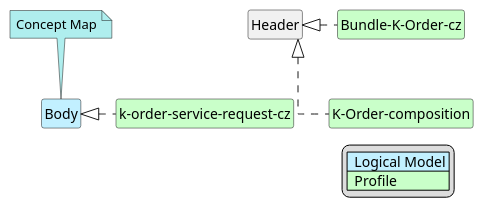
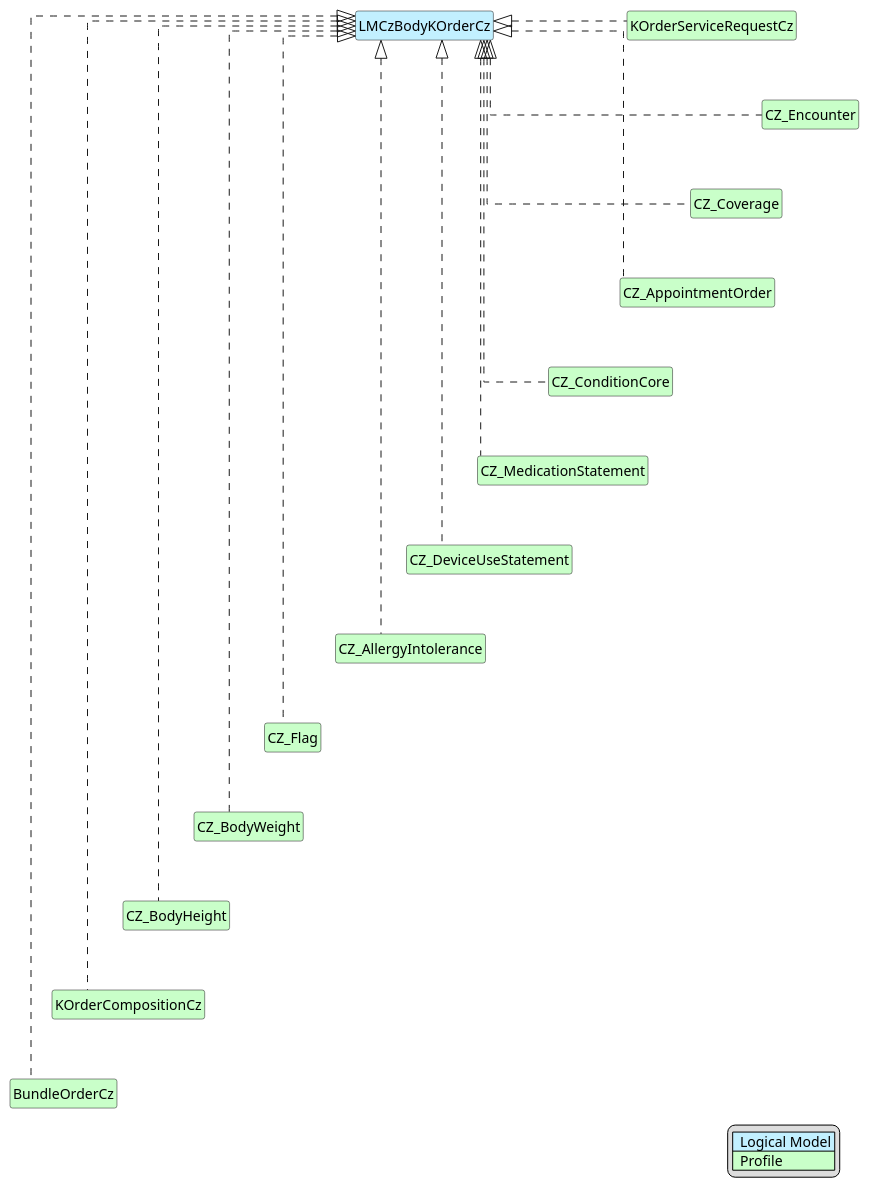
Before and after one commit to HL7-cz/k-order: the diagram in input/images-source/K-Body-map.plantuml, drawn with PlantUML. The commit also changed 74 other files, not shown here.

```diff
--- a/input/images-source/K-Body-map.plantuml
+++ b/input/images-source/K-Body-map.plantuml
@@ -1,31 +1,73 @@
 @startuml
+
 hide circle
 hide stereotype
 hide members
 hide methods
+
 skinparam linetype ortho
+
 skinparam class {
 BackgroundColor<<LogicalModel>> #APPLICATION
 BackgroundColor<<Profile>> #TECHNOLOGY
 }
+
 legend right
 | <#APPLICATION>  Logical Model |
 | <#TECHNOLOGY>  Profile |
 endlegend
-class "Body" <<LogicalModel>> [[StructureDefinition-logBodyKOrder.html]]
-note top #PaleTurquoise [[ConceptMap-hdrHeader2FHIR-cz-hdr.html]]
-Concept Map
-endnote
 
+class "LMCzBodyKOrderCz" <<LogicalModel>> [[StructureDefinition-LMBodyKOrder.html]]
 
-class "k-order-service-request-cz" <<Profile>> [[StructureDefinition-KOrderServiceRequestCz.html]]
-"Body" <|. "k-order-service-request-cz"
+class "KOrderServiceRequestCz" <<Profile>> [[StructureDefinition-KOrderServiceRequestCz.html]]
+"LMCzBodyKOrderCz" <|. "KOrderServiceRequestCz"
 
-class "Bundle-K-Order-cz" <<Profile>> [[StructureDefinition-BundleKOrderCz.html]]
-"Header" <|. "Bundle-K-Order-cz"
-"K-Order-composition" -d[hidden]-> "Bundle-K-Order-cz" 
+class "CZ_Encounter" <<Profile>> [[https://hl7.cz/fhir/core/StructureDefinition-cz-encounter-core.html]]
+"LMCzBodyKOrderCz" <|. "CZ_Encounter"
+"KOrderServiceRequestCz" -d[hidden]-> "CZ_Encounter"
 
-class "K-Order-composition" <<Profile>> [[StructureDefinition-KOrderCompositionCz.html]]
-"Header" <|. "K-Order-composition"
-"Bundle-K-Order-cz" -d[hidden]-> "K-Order-composition" 
+class "CZ_Coverage" <<Profile>> [[https://hl7.cz/fhir/core/StructureDefinition-cz-coverage.html]]
+"LMCzBodyKOrderCz" <|. "CZ_Coverage"
+"CZ_Encounter" -d[hidden]-> "CZ_Coverage"
+
+class "CZ_AppointmentOrder" <<Profile>> [[https://hl7.cz/fhir/core/StructureDefinition-cz-appointmentOrder.html]]
+"LMCzBodyKOrderCz" <|. "CZ_AppointmentOrder"
+"CZ_Coverage" -d[hidden]-> "CZ_AppointmentOrder"
+
+class "CZ_ConditionCore" <<Profile>> [[https://hl7.cz/fhir/core/StructureDefinition-cz-condition-core.html]]
+"LMCzBodyKOrderCz" <|. "CZ_ConditionCore"
+"CZ_AppointmentOrder" -d[hidden]-> "CZ_ConditionCore"
+
+class "CZ_MedicationStatement" <<Profile>> [[https://hl7.cz/fhir/core/StructureDefinition-cz-medicationstatement.html]]
+"LMCzBodyKOrderCz" <|. "CZ_MedicationStatement"
+"CZ_ConditionCore" -d[hidden]-> "CZ_MedicationStatement"
+
+class "CZ_DeviceUseStatement" <<Profile>> [[https://hl7.cz/fhir/core/StructureDefinition-cz-deviceusestatement.html]]
+"LMCzBodyKOrderCz" <|. "CZ_DeviceUseStatement"
+"CZ_MedicationStatement" -d[hidden]-> "CZ_DeviceUseStatement"
+
+class "CZ_AllergyIntolerance" <<Profile>> [[https://hl7.cz/fhir/core/StructureDefinition-cz-allergyintolerance.html]]
+"LMCzBodyKOrderCz" <|. "CZ_AllergyIntolerance"
+"CZ_DeviceUseStatement" -d[hidden]-> "CZ_AllergyIntolerance"
+
+class "CZ_Flag" <<Profile>> [[https://hl7.cz/fhir/core/StructureDefinition/cz-flag.html]]
+"LMCzBodyKOrderCz" <|. "CZ_Flag"
+"CZ_AllergyIntolerance" -d[hidden]-> "CZ_Flag"
+
+class "CZ_BodyWeight" <<Profile>> [[StructureDefinition-cz-bodyweight.html]]
+"LMCzBodyKOrderCz" <|. "CZ_BodyWeight"
+"CZ_Flag" -d[hidden]-> "CZ_BodyWeight"
+
+class "CZ_BodyHeight" <<Profile>> [[StructureDefinition-cz-bodyheight.html]]
+"LMCzBodyKOrderCz" <|. "CZ_BodyHeight"
+"CZ_BodyWeight" -d[hidden]-> "CZ_BodyHeight"
+
+class "KOrderCompositionCz" <<Profile>> [[StructureDefinition-KOrderCompositionCz.html]]
+"LMCzBodyKOrderCz" <|. "KOrderCompositionCz"
+"CZ_BodyHeight" -d[hidden]-> "KOrderCompositionCz"
+
+class "BundleOrderCz" <<Profile>> [[StructureDefinition-BundleOrderCz.html]]
+"LMCzBodyKOrderCz" <|. "BundleOrderCz"
+"KOrderCompositionCz" -d[hidden]-> "BundleOrderCz"
+
 @enduml
```
